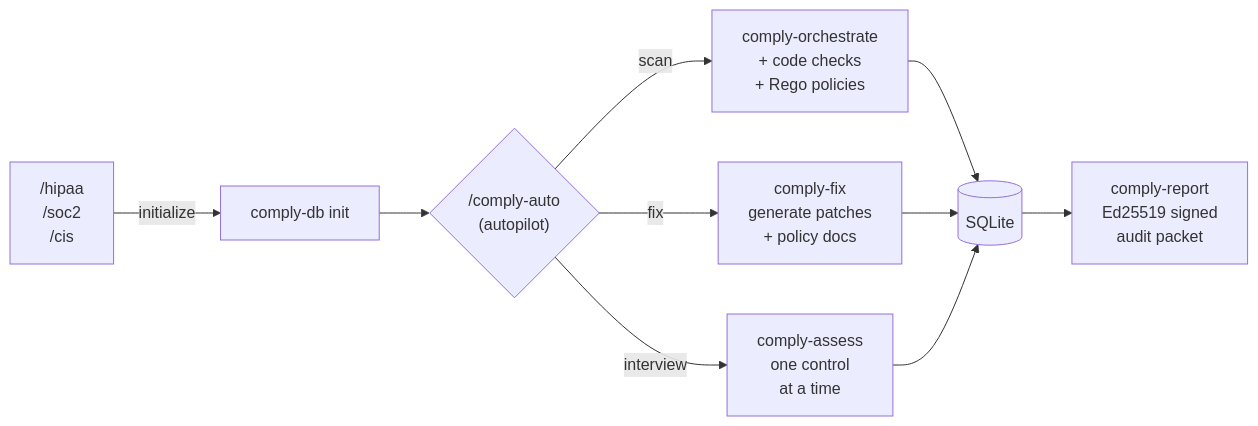
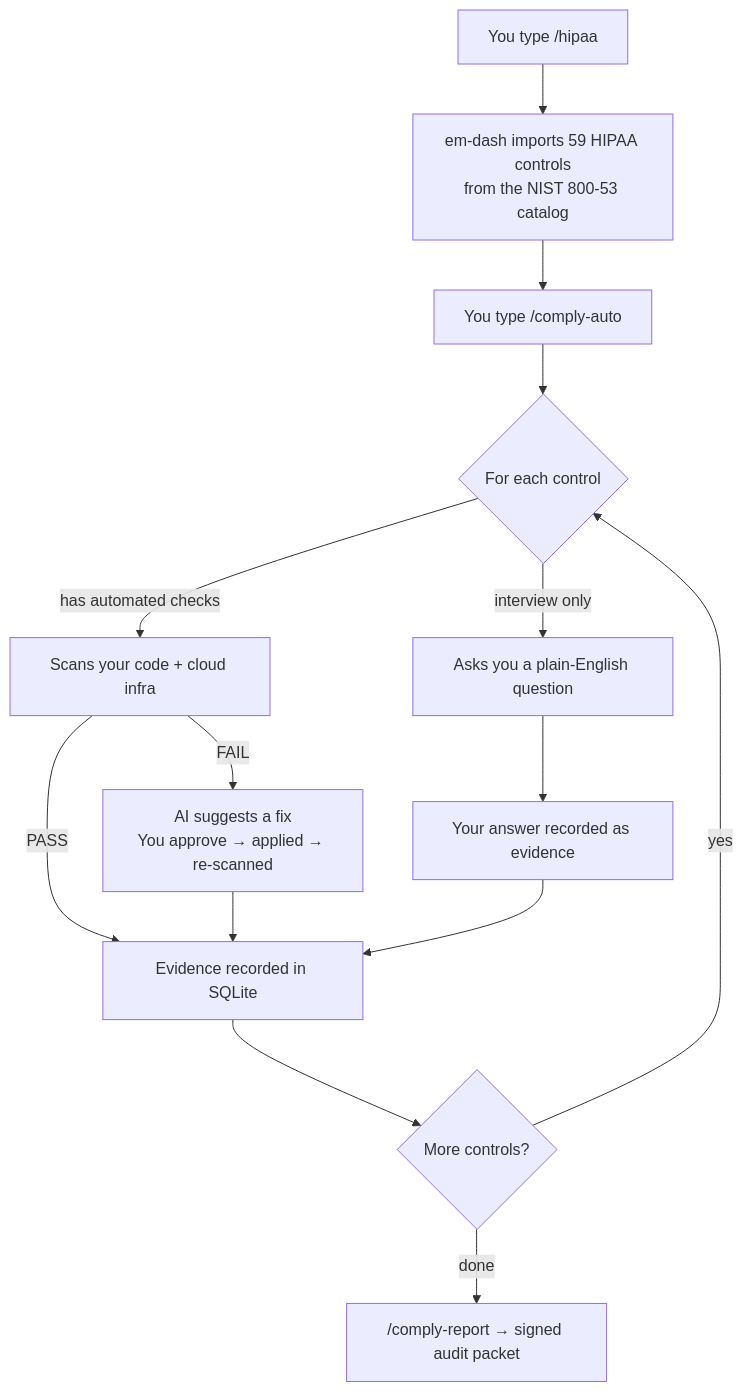
One commit to aanishs/em-dash changed the first of 5 diagrams in README.md. Above: the diagram before and after it, drawn with Mermaid. The commit also changed other lines of this file and 2 other files, not shown here.

First line of the commit message:
docs: accurate counts, founder-facing diagrams, CIS Benchmark role clarified

````diff
--- a/README.md
+++ b/README.md
@@ -103,12 +73,16 @@
 ```mermaid
-flowchart LR
-    A["/hipaa<br/>/soc2<br/>/cis"] -->|initialize| B[comply-db init]
-    B --> C{"/comply-auto<br/>(autopilot)"}
-    C -->|scan| D[comply-orchestrate<br/>+ code checks<br/>+ Rego policies]
-    C -->|fix| E[comply-fix<br/>generate patches<br/>+ policy docs]
-    C -->|interview| F[comply-assess<br/>one control<br/>at a time]
-    D --> G[(SQLite)]
-    E --> G
-    F --> G
-    G --> H[comply-report<br/>Ed25519 signed<br/>audit packet]
+flowchart TD
+    A["You type /hipaa"] --> B["em-dash imports 59 HIPAA controls\nfrom the NIST 800-53 catalog"]
+    B --> C["You type /comply-auto"]
+    C --> D{For each control}
+    D -->|has automated checks| E["Scans your code + cloud infra"]
+    D -->|interview only| F["Asks you a plain-English question"]
+    E -->|PASS| G["Evidence recorded in SQLite"]
+    E -->|FAIL| H["AI suggests a fix\nYou approve → applied → re-scanned"]
+    F --> I["Your answer recorded as evidence"]
+    H --> G
+    I --> G
+    G --> J{More controls?}
+    J -->|yes| D
+    J -->|done| K["/comply-report → signed audit packet"]
 ```
````
